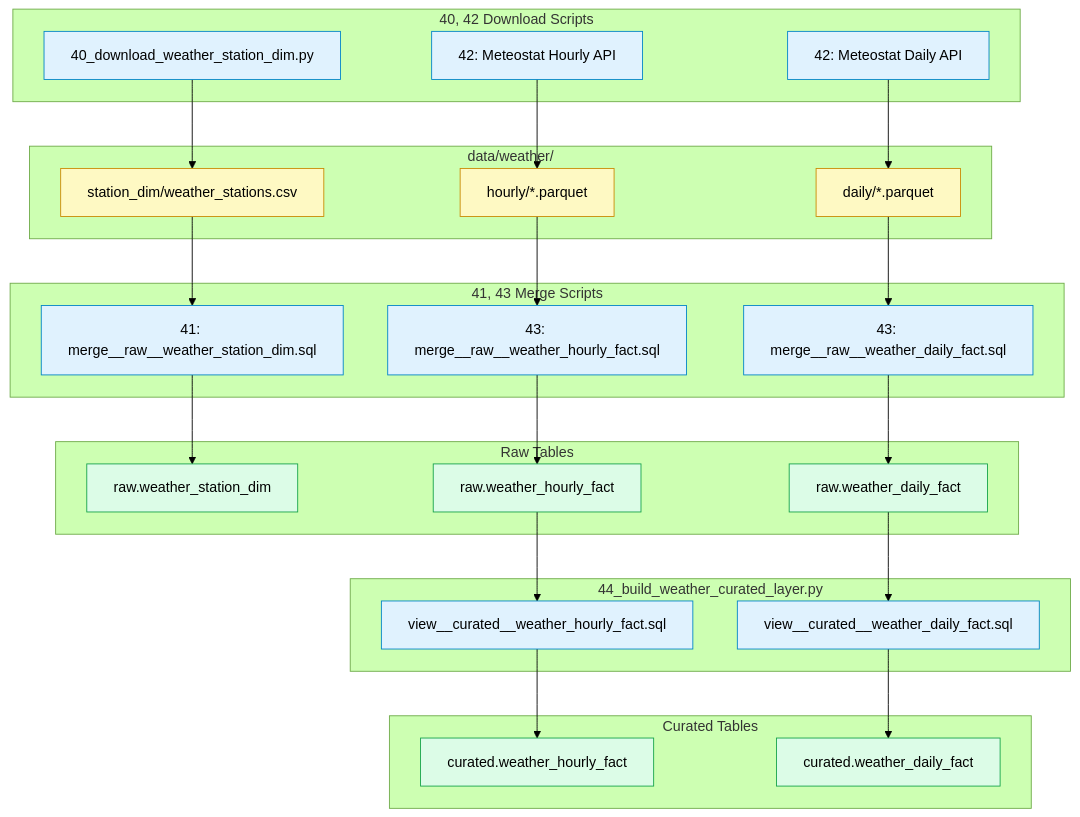
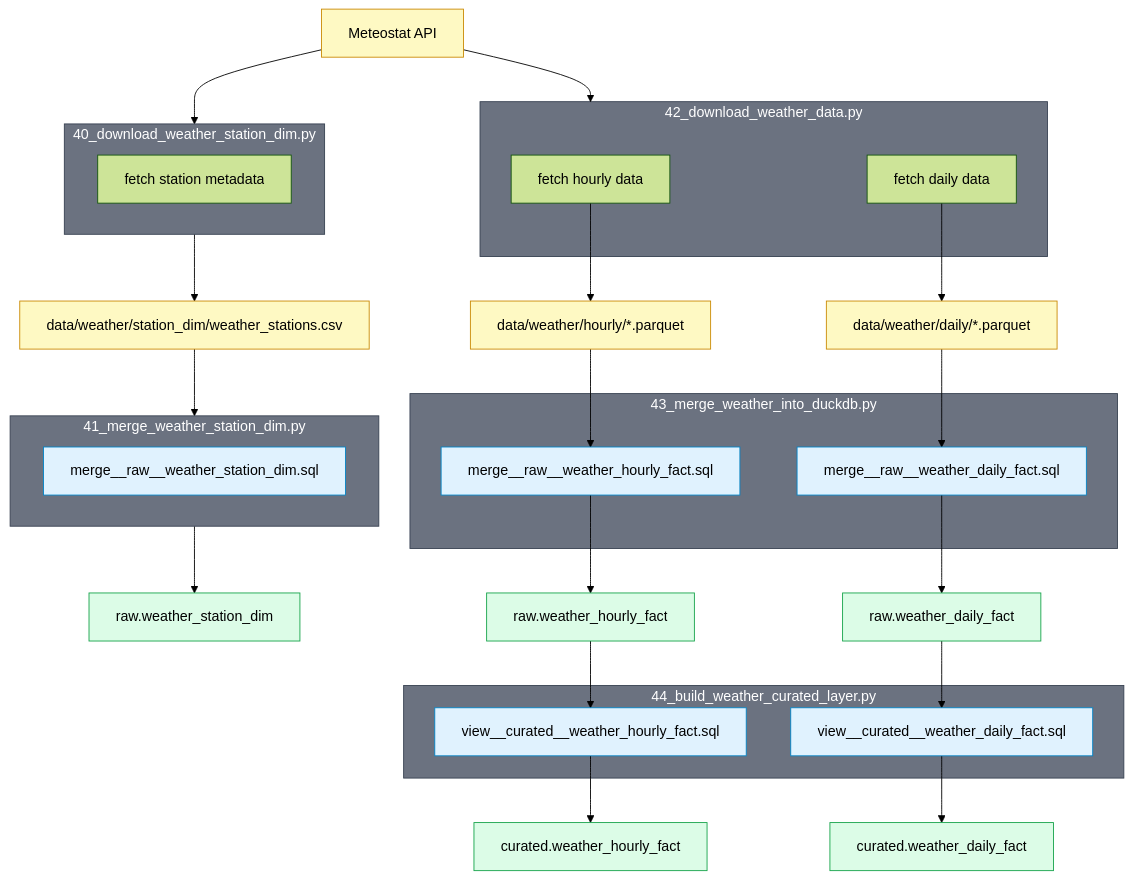
One commit to betsyhcamp/nyc_taxi changed the fifth of 5 diagrams in local/README.md. Above: the diagram before and after it, drawn with Mermaid (forest theme). The commit also changed other lines of this file and 1 other file, not shown here.

Commit message:
add explicit instructions for creating dataflow diagrams; update diagrams

````diff
--- a/local/README.md
+++ b/local/README.md
@@ -323,44 +371,57 @@
 ```mermaid
 flowchart TD
-    classDef script fill:#e0f2fe,stroke:#0284c7,color:#000
+    classDef sql fill:#e0f2fe,stroke:#0284c7,color:#000
     classDef file fill:#fef9c3,stroke:#ca8a04,color:#000
     classDef table fill:#dcfce7,stroke:#16a34a,color:#000
 
-    subgraph download [40, 42 Download Scripts]
-        script_40[40_download_weather_station_dim.py]:::script
-        script_42a[42: Meteostat Hourly API]:::script
-        script_42b[42: Meteostat Daily API]:::script
+    meteostat_api[Meteostat API]:::file
+
+    subgraph script_40 [40_download_weather_station_dim.py]
+        download_40[fetch station metadata]
     end
 
-    subgraph data_folders [data/weather/]
-        station_csv[station_dim/weather_stations.csv]:::file
-        hourly_pq[hourly/*.parquet]:::file
-        daily_pq[daily/*.parquet]:::file
+    station_csv[data/weather/station_dim/weather_stations.csv]:::file
+
+    subgraph script_41 [41_merge_weather_station_dim.py]
+        merge_41[merge__raw__weather_station_dim.sql]:::sql
     end
 
-    subgraph merge_scripts [41, 43 Merge Scripts]
-        merge_station[41: merge__raw__weather_station_dim.sql]:::script
-        merge_hourly[43: merge__raw__weather_hourly_fact.sql]:::script
-        merge_daily[43: merge__raw__weather_daily_fact.sql]:::script
+    raw_station[raw.weather_station_dim]:::table
+
+    subgraph script_42 [42_download_weather_data.py]
+        download_42_hourly[fetch hourly data]
+        download_42_daily[fetch daily data]
     end
 
-    subgraph raw_tables [Raw Tables]
-        raw_station[raw.weather_station_dim]:::table
-        raw_hourly[raw.weather_hourly_fact]:::table
-        raw_daily[raw.weather_daily_fact]:::table
+    hourly_pq[data/weather/hourly/*.parquet]:::file
+    daily_pq[data/weather/daily/*.parquet]:::file
+
+    subgraph script_43 [43_merge_weather_into_duckdb.py]
+        merge_43_hourly[merge__raw__weather_hourly_fact.sql]:::sql
+        merge_43_daily[merge__raw__weather_daily_fact.sql]:::sql
     end
 
-    subgraph curate_44 [44_build_weather_curated_layer.py]
-        view_hourly[view__curated__weather_hourly_fact.sql]:::script
-        view_daily[view__curated__weather_daily_fact.sql]:::script
+    raw_hourly[raw.weather_hourly_fact]:::table
+    raw_daily[raw.weather_daily_fact]:::table
+
+    subgraph script_44 [44_build_weather_curated_layer.py]
+        view_hourly[view__curated__weather_hourly_fact.sql]:::sql
+        view_daily[view__curated__weather_daily_fact.sql]:::sql
     end
 
-    subgraph curated_tables [Curated Tables]
-        cur_hourly[curated.weather_hourly_fact]:::table
-        cur_daily[curated.weather_daily_fact]:::table
-    end
+    cur_hourly[curated.weather_hourly_fact]:::table
+    cur_daily[curated.weather_daily_fact]:::table
 
-    script_40 --> station_csv --> merge_station --> raw_station
-    script_42a --> hourly_pq --> merge_hourly --> raw_hourly --> view_hourly --> cur_hourly
-    script_42b --> daily_pq --> merge_daily --> raw_daily --> view_daily --> cur_daily
+    meteostat_api --> script_40 --> station_csv --> script_41 --> raw_station
+    meteostat_api --> script_42
+    download_42_hourly --> hourly_pq
+    download_42_daily --> daily_pq
+    hourly_pq --> merge_43_hourly --> raw_hourly --> view_hourly --> cur_hourly
+    daily_pq --> merge_43_daily --> raw_daily --> view_daily --> cur_daily
+
+    style script_40 fill:#6b7280,stroke:#374151,color:#fff
+    style script_41 fill:#6b7280,stroke:#374151,color:#fff
+    style script_42 fill:#6b7280,stroke:#374151,color:#fff
+    style script_43 fill:#6b7280,stroke:#374151,color:#fff
+    style script_44 fill:#6b7280,stroke:#374151,color:#fff
 ```
````
